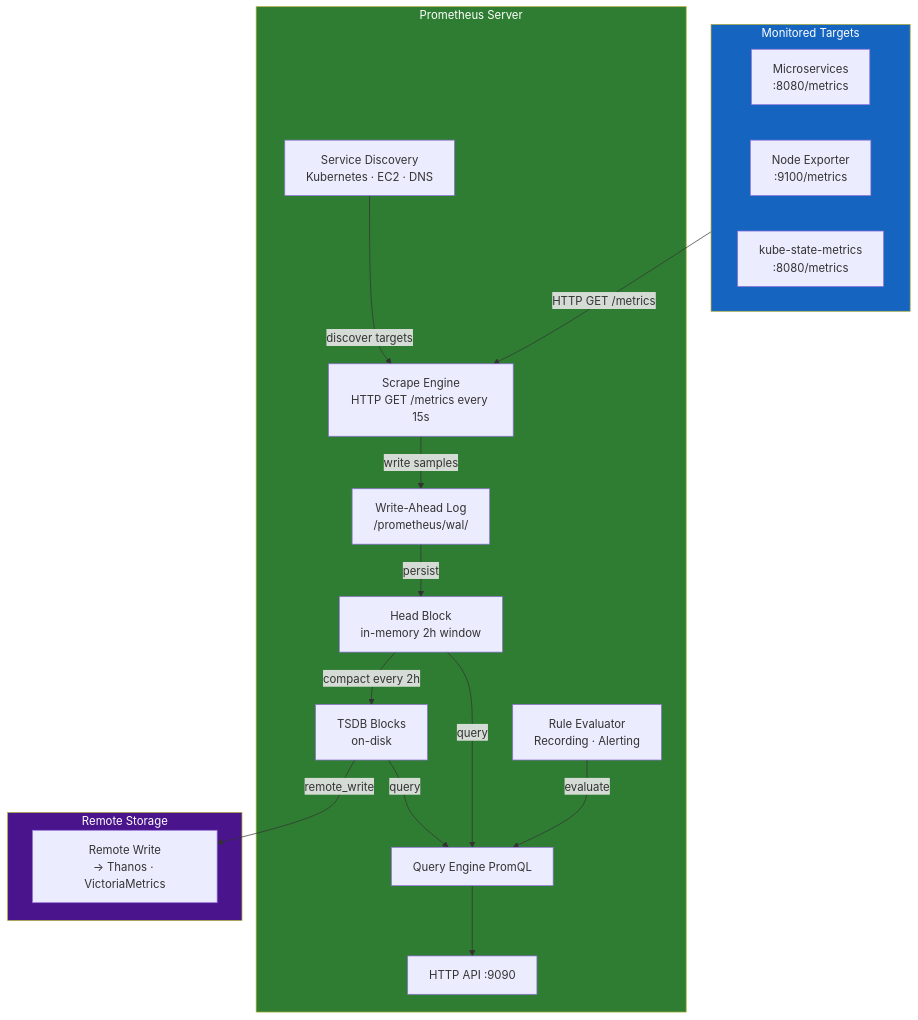
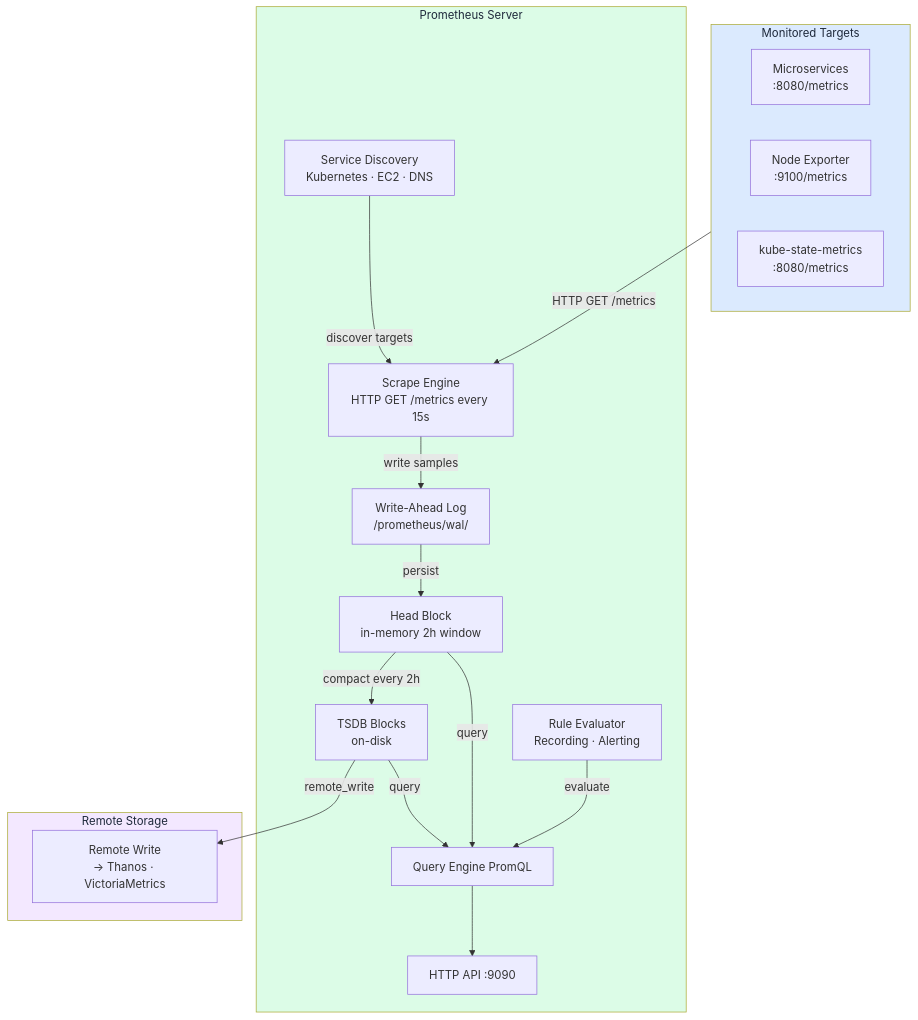
Before and after one commit to XUanhoa04/aiops-engineering-handbook: the first of 8 diagrams in docs/en/03-prometheus/README.md, drawn with Mermaid. The commit also changed other lines of this file and 39 other files, not shown here.

First line of the commit message:
docs: concept-first Ch.08-12, collapse code, soft Mermaid colors

````diff
--- a/docs/en/03-prometheus/README.md
+++ b/docs/en/03-prometheus/README.md
@@ -110,38 +110,38 @@
 ```mermaid
 graph TD
     subgraph Targets["Monitored Targets"]
         SVC[Microservices\n:8080/metrics]
         NODE[Node Exporter\n:9100/metrics]
         K8S[kube-state-metrics\n:8080/metrics]
     end
 
     subgraph Prometheus["Prometheus Server"]
         SD[Service Discovery\nKubernetes · EC2 · DNS]
         SCRAPE[Scrape Engine\nHTTP GET /metrics every 15s]
         WAL[Write-Ahead Log\n/prometheus/wal/]
         HEAD[Head Block\nin-memory 2h window]
         TSDB[TSDB Blocks\non-disk]
         RULES[Rule Evaluator\nRecording · Alerting]
         QENG[Query Engine PromQL]
         API[HTTP API :9090]
     end
 
     subgraph Remote["Remote Storage"]
         RW[Remote Write\n→ Thanos · VictoriaMetrics]
     end
 
     SD -->|discover targets| SCRAPE
     Targets -->|HTTP GET /metrics| SCRAPE
     SCRAPE -->|write samples| WAL
     WAL -->|persist| HEAD
     HEAD -->|compact every 2h| TSDB
     TSDB -->|query| QENG
     HEAD -->|query| QENG
     QENG --> API
     RULES -->|evaluate| QENG
     TSDB -->|remote_write| RW
 
-    style Targets fill:#1565c0,color:#fff
-    style Prometheus fill:#2e7d32,color:#fff
-    style Remote fill:#4a148c,color:#fff
+    style Targets fill:#dbeafe,color:#1e293b
+    style Prometheus fill:#dcfce7,color:#1e293b
+    style Remote fill:#f3e8ff,color:#1e293b
 ```
````
